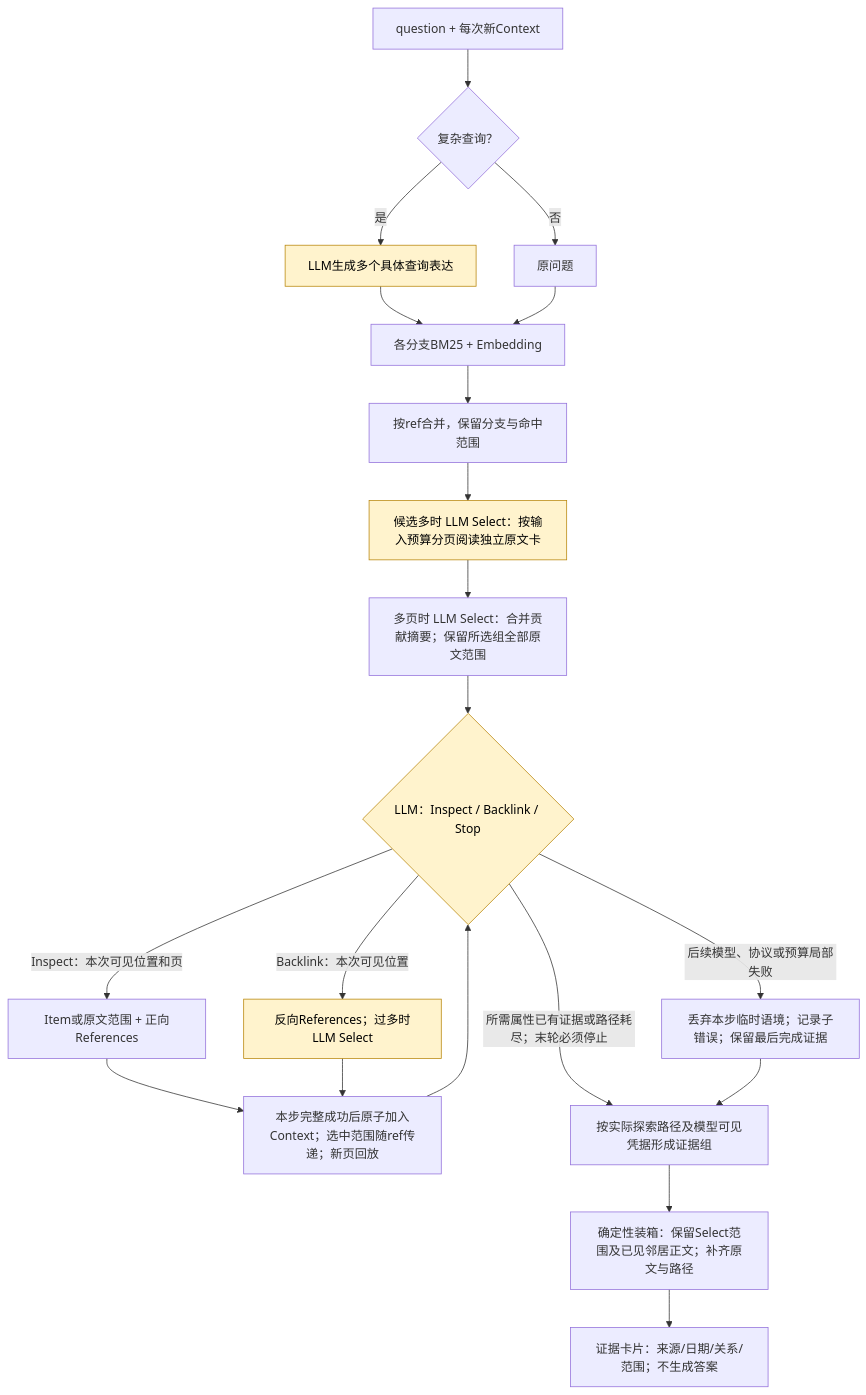
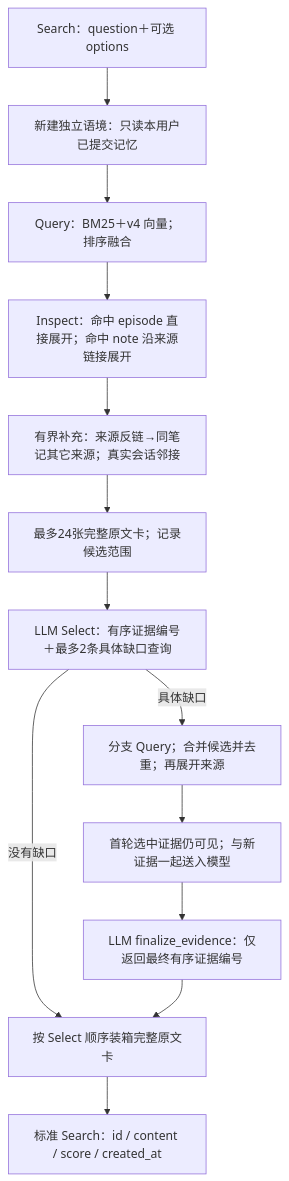
Before and after one commit to Graygoo7529/AM-Link: the second of 2 diagrams in DESIGN.md, drawn with Mermaid. The commit also changed other lines of this file and 168 other files, not shown here.

````diff
--- a/DESIGN.md
+++ b/DESIGN.md
@@ -116,24 +69,15 @@
 ```mermaid
 flowchart TD
- A[question + 每次新Context] --> B{复杂查询？}
- B -->|是| C[LLM生成多个具体查询表达]
- B -->|否| D[原问题]
- C --> Q[各分支BM25 + Embedding]
- D --> Q
- Q --> U[按ref合并，保留分支与命中范围]
- U --> S[候选多时 LLM Select：按输入预算分页阅读独立原文卡]
- S --> M[多页时 LLM Select：合并贡献摘要；保留所选组全部原文范围]
- M --> L{LLM：Inspect / Backlink / Stop}
- L -->|Inspect：本次可见位置和页| I[Item或原文范围 + 正向References]
- L -->|Backlink：本次可见位置| K[反向References；过多时LLM Select]
- I --> P[本步完整成功后原子加入Context；选中范围随ref传递；新页回放]
- K --> P
- P --> L
- L -->|所需属性已有证据或路径耗尽；末轮必须停止| G[按实际探索路径及模型可见凭据形成证据组]
- L -->|后续模型、协议或预算局部失败| T[丢弃本步临时语境；记录子错误；保留最后完成证据]
- T --> G
- G --> F[确定性装箱：保留Select范围及已见邻居正文；补齐原文与路径]
- F --> O[证据卡片：来源/日期/关系/范围；不生成答案]
- classDef llm fill:#fff3cd,stroke:#b8860b,color:#000
- class C,S,L,K llm
+  Q["Search：question＋可选 options"] --> C["新建独立语境：只读本用户已提交记忆"]
+  C --> R["Query：BM25＋v4 向量；排序融合"]
+  R --> D["Inspect：命中 episode 直接展开；命中 note 沿来源链接展开"]
+  D --> B["有界补充：来源反链→同笔记其它来源；真实会话邻接"]
+  B --> K["最多24张完整原文卡；记录候选范围"]
+  K --> S["LLM Select：有序证据编号＋最多2条具体缺口查询"]
+  S -->|没有缺口| P["按 Select 顺序装箱完整原文卡"]
+  S -->|具体缺口| R2["分支 Query；合并候选并去重；再展开来源"]
+  R2 --> C2["首轮选中证据仍可见；与新证据一起送入模型"]
+  C2 --> S2["LLM finalize_evidence：仅返回最终有序证据编号"]
+  S2 --> P
+  P --> O["标准 Search：id / content / score / created_at"]
 ```
````
